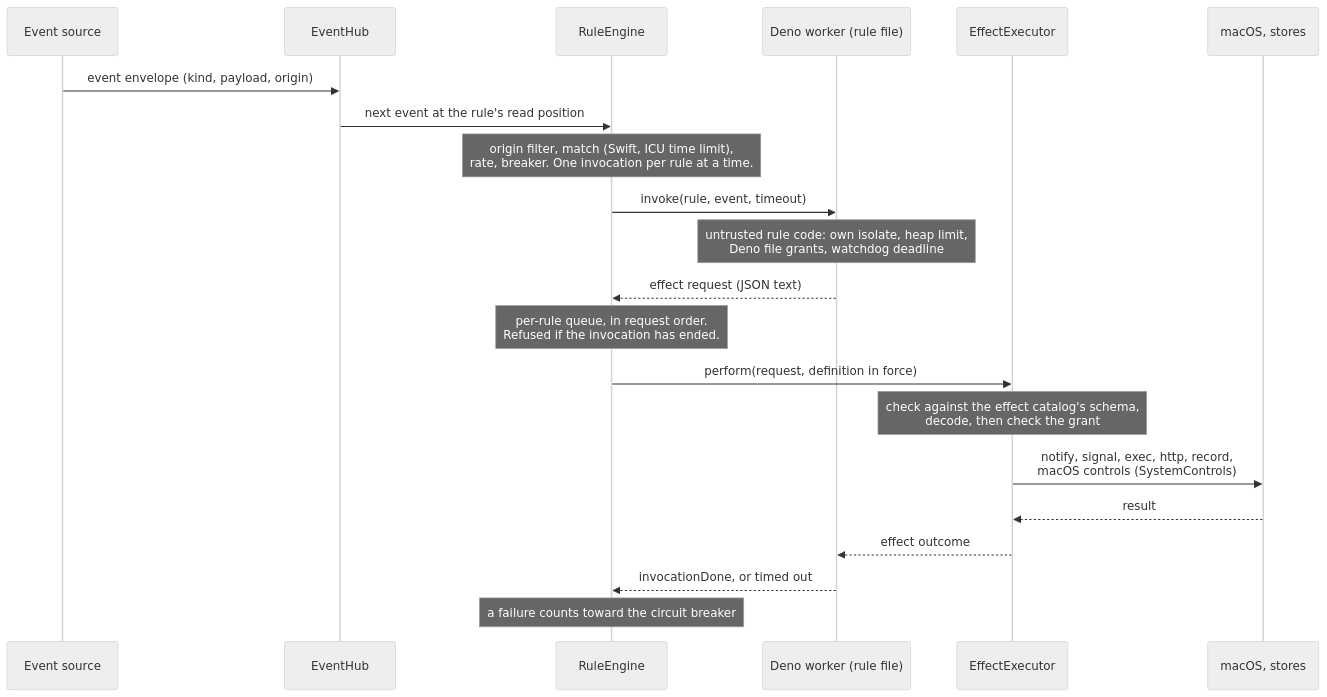
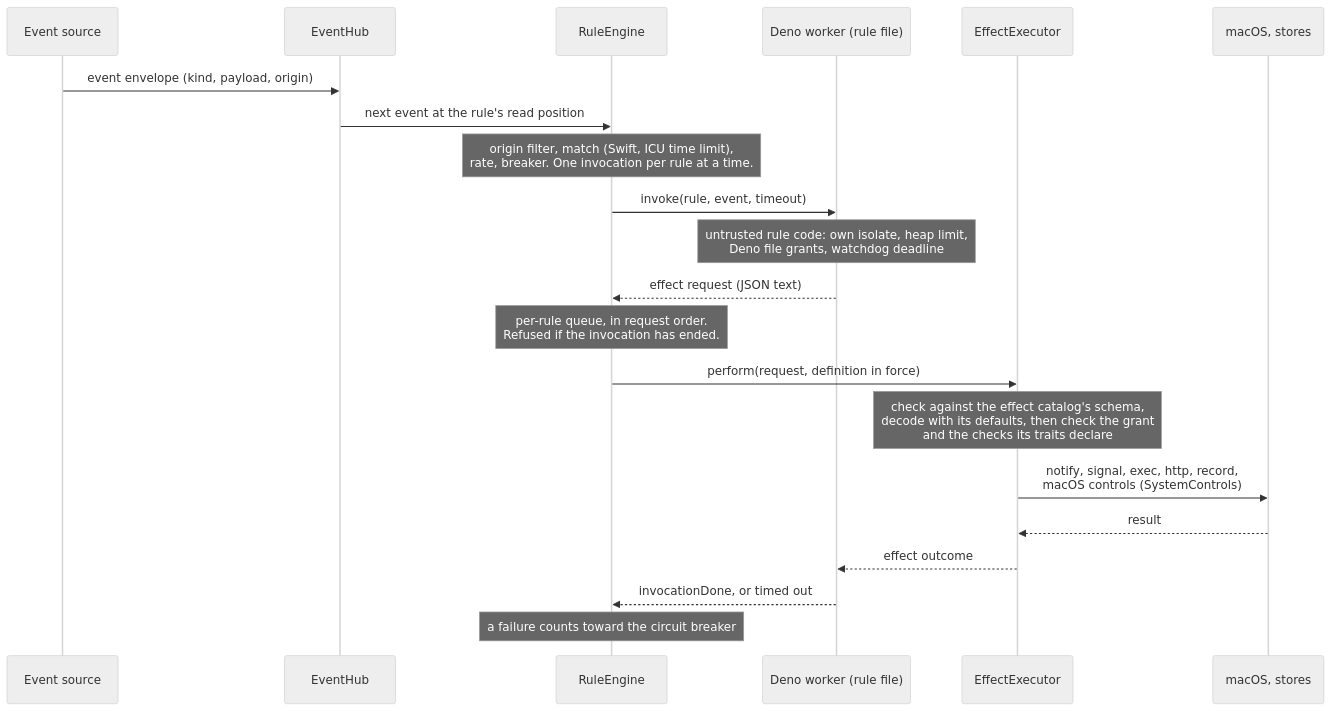
The third of 7 diagrams in docs/design/meerkatd.md (gkze/meerkat), drawn with Mermaid (neutral theme) before and after one commit. The commit also changed other lines of this file and 217 other files, not shown here.

````diff
--- a/docs/design/meerkatd.md
+++ b/docs/design/meerkatd.md
@@ -738,23 +767,23 @@
 ```mermaid
 sequenceDiagram
     participant S as Event source
     participant H as EventHub
     participant R as RuleEngine
     participant W as Deno worker (rule file)
     participant E as EffectExecutor
     participant X as macOS, stores
     S->>H: event envelope (kind, payload, origin)
     H->>R: next event at the rule's read position
     Note over R: origin filter, match (Swift, ICU time limit),<br/>rate, breaker. One invocation per rule at a time.
     R->>W: invoke(rule, event, timeout)
     Note over W: untrusted rule code: own isolate, heap limit,<br/>Deno file grants, watchdog deadline
     W-->>R: effect request (JSON text)
     Note over R: per-rule queue, in request order.<br/>Refused if the invocation has ended.
     R->>E: perform(request, definition in force)
-    Note over E: check against the effect catalog's schema,<br/>decode, then check the grant
+    Note over E: check against the effect catalog's schema,<br/>decode with its defaults, then check the grant<br/>and the checks its traits declare
     E->>X: notify, signal, exec, http, record,<br/>macOS controls (SystemControls)
     X-->>E: result
     E-->>W: effect outcome
     W-->>R: invocationDone, or timed out
     Note over R: a failure counts toward the circuit breaker
 ```
````
